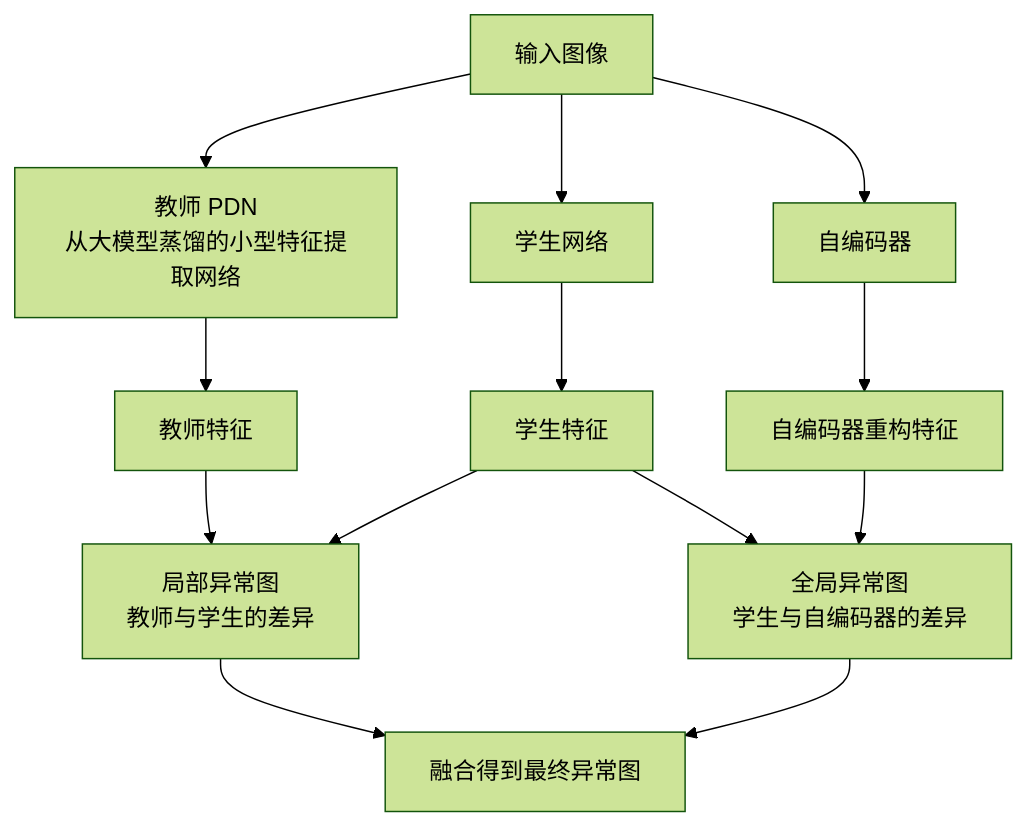
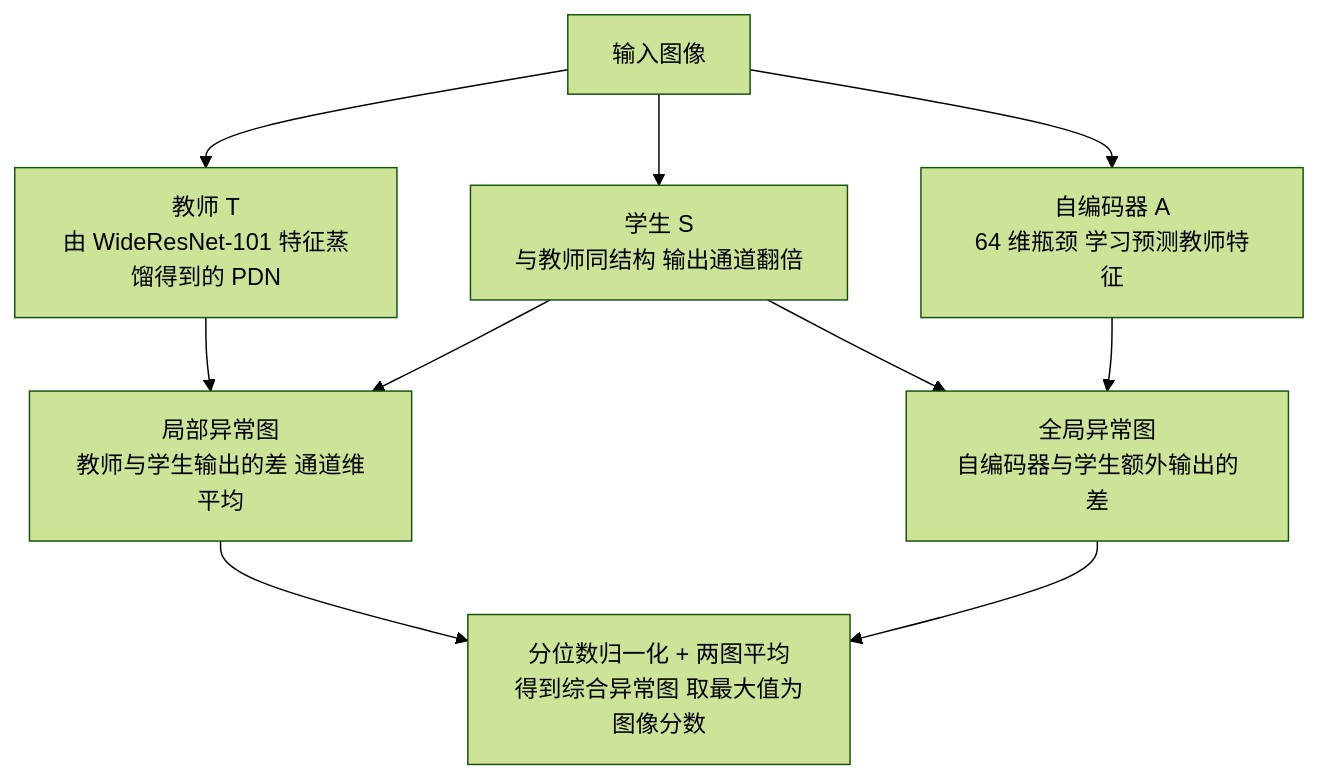
Before and after one commit to junxnone/aiwiki: the diagram in docs/0748_paper_EfficientAD.md, drawn with Mermaid (forest theme). The commit also changed other lines of this file and 1 other file, not shown here.

````diff
--- a/docs/0748_paper_EfficientAD.md
+++ b/docs/0748_paper_EfficientAD.md
@@ -21,15 +21,12 @@
 ```mermaid
 graph TD
-    X["输入图像"] --> T["教师 PDN<br/>从大模型蒸馏的小型特征提取网络"]
-    X --> S["学生网络"]
-    X --> AE["自编码器"]
-    T --> D1["教师特征"]
-    S --> D2["学生特征"]
-    AE --> D3["自编码器重构特征"]
-    D1 --> L1["局部异常图<br/>教师与学生的差异"]
-    D2 --> L1
-    D2 --> L2["全局异常图<br/>学生与自编码器的差异"]
-    D3 --> L2
-    L1 --> F["融合得到最终异常图"]
-    L2 --> F
+    X["输入图像"] --> T["教师 T<br/>由 WideResNet-101 特征蒸馏得到的 PDN"]
+    X --> S["学生 S<br/>与教师同结构 输出通道翻倍"]
+    X --> AE["自编码器 A<br/>64 维瓶颈 学习预测教师特征"]
+    T --> L["局部异常图<br/>教师与学生输出的差 通道维平均"]
+    S --> L
+    AE --> G["全局异常图<br/>自编码器与学生额外输出的差"]
+    S --> G
+    L --> F["分位数归一化 + 两图平均<br/>得到综合异常图 取最大值为图像分数"]
+    G --> F
 ```
````
